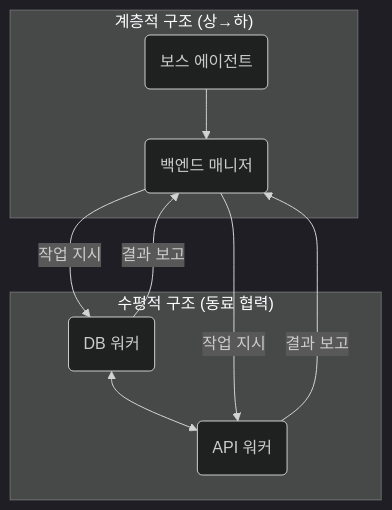
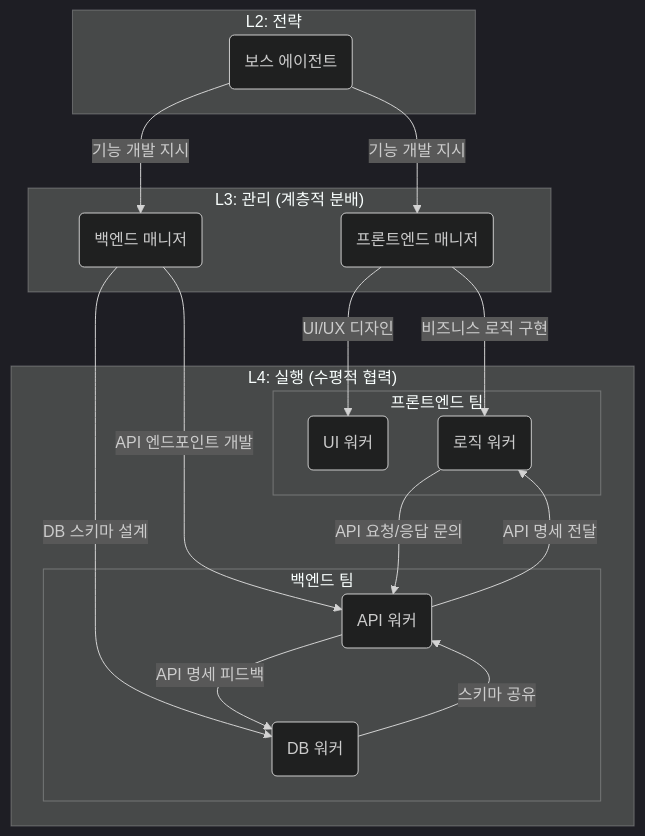
One commit to wooxist/ai-instructions changed the eighth of 8 diagrams in book/07-process-workflow.md. Above: the diagram before and after it, drawn with Mermaid (dark theme). The commit also changed other lines of this file and 1 other file, not shown here.

Commit message:
refactor: Clarify orchestration and execution management steps in advanced architecture workflow

````diff
--- a/book/07-process-workflow.md
+++ b/book/07-process-workflow.md
@@ -406,16 +408,39 @@
 ```mermaid
 graph TD
-    subgraph "계층적 구조 (상→하)"
-        B(보스 에이전트) --> M1(백엔드 매니저)
+    subgraph "L2: 전략"
+        Boss(보스 에이전트)
     end
 
-    subgraph "수평적 구조 (동료 협력)"
-        W1(DB 워커) <--> W2(API 워커)
+    subgraph "L3: 관리 (계층적 분배)"
+        FrontendManager(프론트엔드 매니저)
+        BackendManager(백엔드 매니저)
     end
 
-    M1 -- 작업 지시 --> W1
-    M1 -- 작업 지시 --> W2
+    subgraph "L4: 실행 (수평적 협력)"
+        subgraph "백엔드 팀"
+            DBWorker(DB 워커)
+            APIWorker(API 워커)
+        end
+        subgraph "프론트엔드 팀"
+            UIWorker(UI 워커)
+            LogicWorker(로직 워커)
+        end
+    end
 
-    W1 -- 결과 보고 --> M1
-    W2 -- 결과 보고 --> M1
+    Boss -- "기능 개발 지시" --> FrontendManager
+    Boss -- "기능 개발 지시" --> BackendManager
+
+    BackendManager -- "DB 스키마 설계" --> DBWorker
+    BackendManager -- "API 엔드포인트 개발" --> APIWorker
+    
+    %% 백엔드 팀 내 수평적 협력
+    DBWorker -- "스키마 공유" --> APIWorker
+    APIWorker -- "API 명세 피드백" --> DBWorker
+
+    FrontendManager -- "UI/UX 디자인" --> UIWorker
+    FrontendManager -- "비즈니스 로직 구현" --> LogicWorker
+
+    %% 팀 간 수평적 협력
+    APIWorker -- "API 명세 전달" --> LogicWorker
+    LogicWorker -- "API 요청/응답 문의" --> APIWorker
 ```
````
